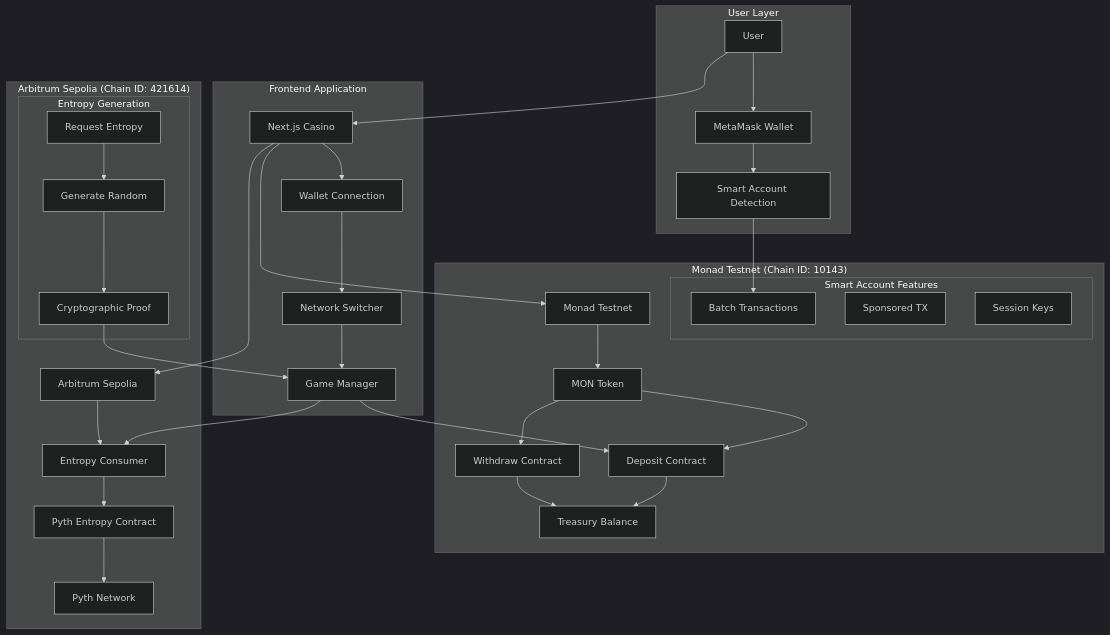
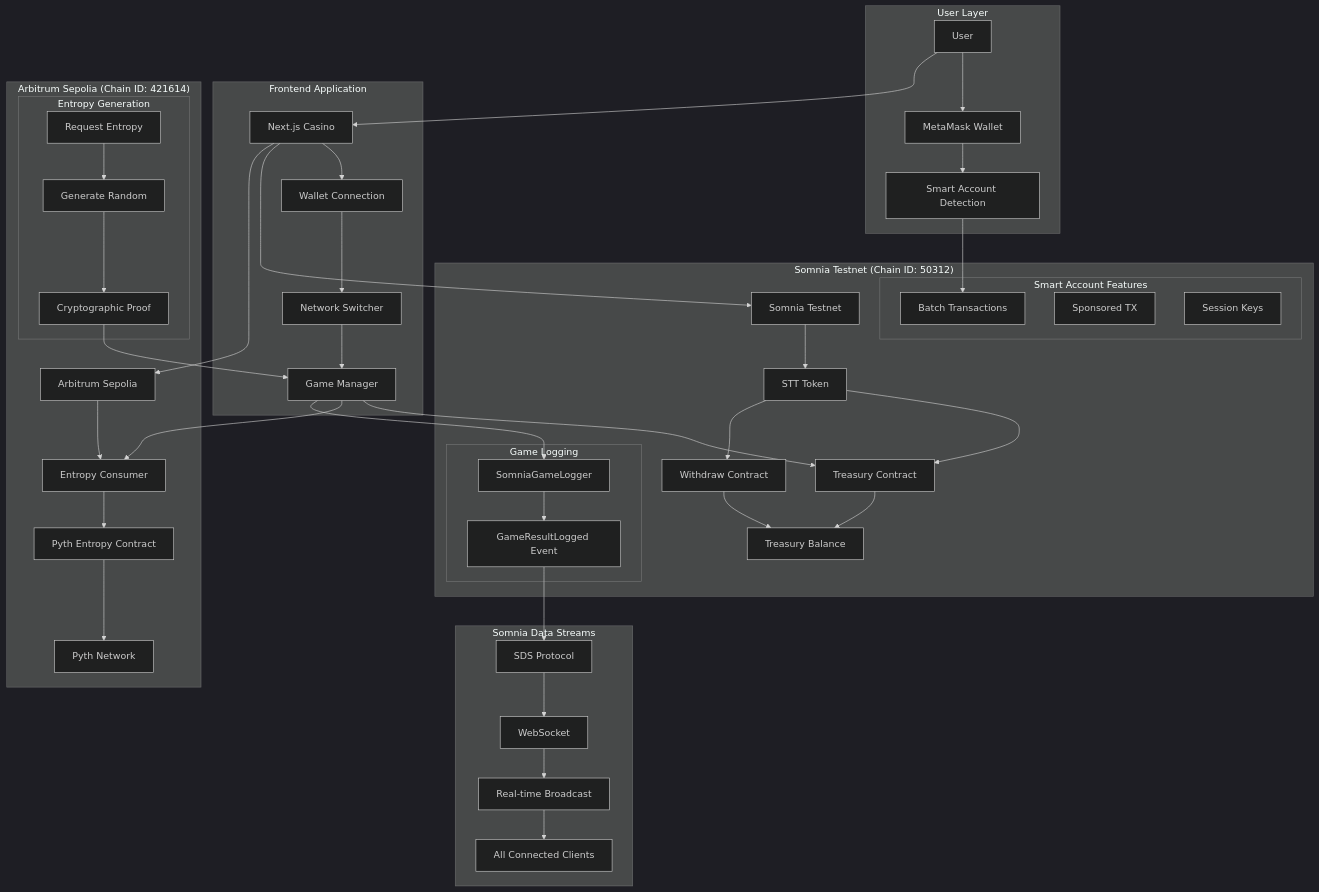
The fifth of 24 diagrams in MERMAID_DIAGRAMS.md (AmaanSayyad/APT-Casino-Somnia), drawn with Mermaid (dark theme) before and after one commit. The commit also changed other lines of this file and 6 other files, not shown here.

Commit message:
diagrams and wd

````diff
--- a/MERMAID_DIAGRAMS.md
+++ b/MERMAID_DIAGRAMS.md
@@ -164,49 +181,62 @@
 ```mermaid
 graph TB
     subgraph User["User Layer"]
         U[User] --> W[MetaMask Wallet]
         W --> SA[Smart Account Detection]
     end
     
     subgraph Frontend["Frontend Application"]
         F[Next.js Casino] --> WC[Wallet Connection]
         WC --> NS[Network Switcher]
         NS --> GM[Game Manager]
     end
     
-    subgraph MonadNet["Monad Testnet (Chain ID: 10143)"]
-        MT[Monad Testnet] --> MON[MON Token]
-        MON --> DEP[Deposit Contract]
-        MON --> WITH[Withdraw Contract]
+    subgraph SomniaNet["Somnia Testnet (Chain ID: 50312)"]
+        ST[Somnia Testnet] --> STT[STT Token]
+        STT --> DEP[Treasury Contract]
+        STT --> WITH[Withdraw Contract]
         DEP --> TB[Treasury Balance]
         WITH --> TB
+        
+        subgraph GameLogging["Game Logging"]
+            GL[SomniaGameLogger]
+            GL --> EVENT[GameResultLogged Event]
+        end
         
         subgraph SmartAccount["Smart Account Features"]
             BATCH[Batch Transactions]
             SPONSOR[Sponsored TX]
             SESSION[Session Keys]
         end
+    end
+    
+    subgraph SomniaStreams["Somnia Data Streams"]
+        EVENT --> SDS[SDS Protocol]
+        SDS --> WS[WebSocket]
+        WS --> BROADCAST[Real-time Broadcast]
+        BROADCAST --> CLIENTS[All Connected Clients]
     end
     
     subgraph ArbitrumNet["Arbitrum Sepolia (Chain ID: 421614)"]
         AS[Arbitrum Sepolia] --> EC[Entropy Consumer]
         EC --> PE[Pyth Entropy Contract]
         PE --> PN[Pyth Network]
         
         subgraph EntropyFlow["Entropy Generation"]
             REQ[Request Entropy]
             GEN[Generate Random]
             PROOF[Cryptographic Proof]
         end
     end
     
     U --> F
-    F --> MT
+    F --> ST
     F --> AS
     GM --> DEP
     GM --> EC
     SA --> BATCH
     REQ --> GEN
     GEN --> PROOF
     PROOF --> GM
+    GM --> GL
 ```
````
